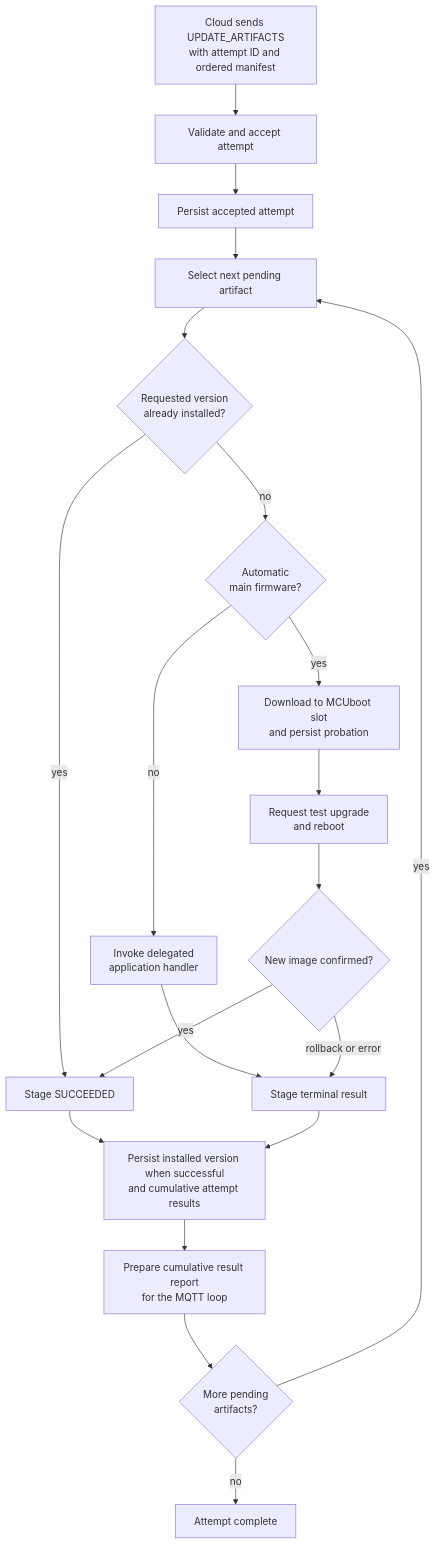
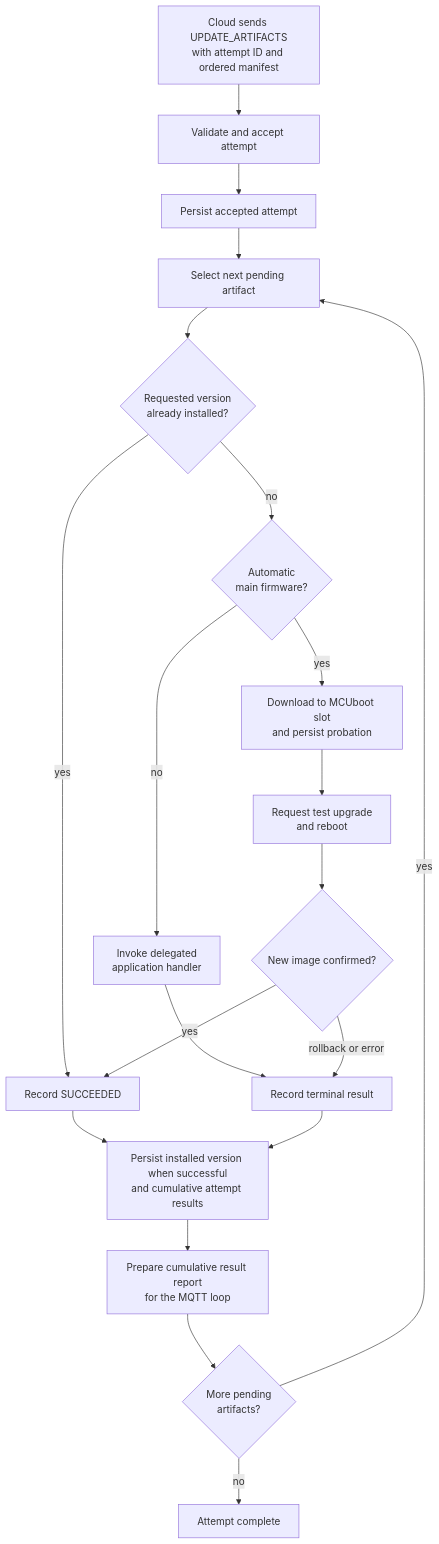
Before and after one commit to spotflow-io/device-sdk: the first of 10 diagrams in zephyr/docs/ota.md, drawn with Mermaid. The commit also changed other lines of this file, not shown here.

````diff
--- a/zephyr/docs/ota.md
+++ b/zephyr/docs/ota.md
@@ -75,30 +72,30 @@
 ```mermaid
 flowchart TD
     cloud["Cloud sends UPDATE_ARTIFACTS<br/>with attempt ID and ordered manifest"]
     accept["Validate and accept attempt"]
     persistAttempt["Persist accepted attempt"]
     next["Select next pending artifact"]
     installed{"Requested version<br/>already installed?"}
     kind{"Automatic<br/>main firmware?"}
-    skip["Stage SUCCEEDED"]
+    skip["Record SUCCEEDED"]
     delegated["Invoke delegated<br/>application handler"]
     main["Download to MCUboot slot<br/>and persist probation"]
     reboot["Request test upgrade<br/>and reboot"]
     resolve{"New image confirmed?"}
-    stage["Stage terminal result"]
+    result["Record terminal result"]
     persistResult["Persist installed version when successful<br/>and cumulative attempt results"]
     report["Prepare cumulative result report<br/>for the MQTT loop"]
     more{"More pending<br/>artifacts?"}
 
     cloud --> accept --> persistAttempt --> next
     next --> installed
     installed -- yes --> skip --> persistResult
     installed -- no --> kind
-    kind -- no --> delegated --> stage --> persistResult
+    kind -- no --> delegated --> result --> persistResult
     kind -- yes --> main --> reboot --> resolve
     resolve -- yes --> skip
-    resolve -- rollback or error --> stage
+    resolve -- rollback or error --> result
     persistResult --> report --> more
     more -- yes --> next
     more -- no --> done["Attempt complete"]
 ```
````
